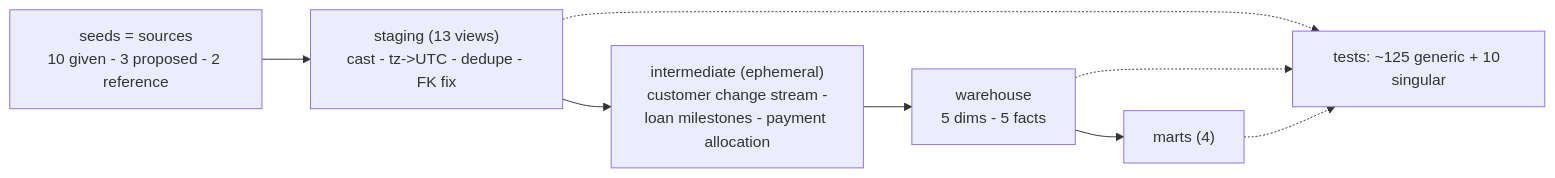
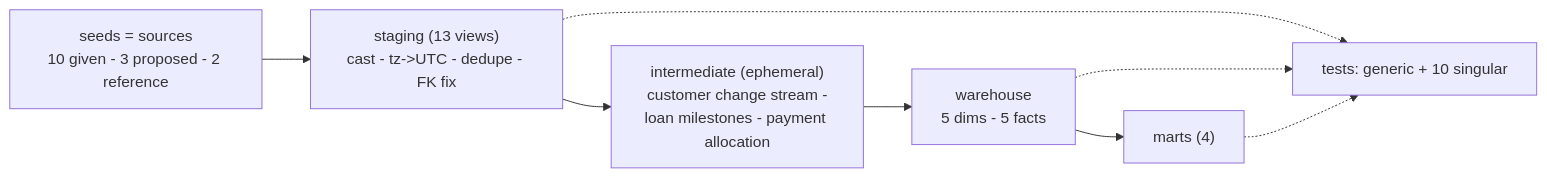
The third of 3 diagrams in docs/design_details.md (dailyimah/lending-dwh-dbt), drawn with Mermaid before and after one commit. The commit also changed other lines of this file and 2 other files, not shown here.

Commit message:
Update docs and diagrams for the simplified project

````diff
--- a/docs/design_details.md
+++ b/docs/design_details.md
@@ -293,8 +286,8 @@
 ```mermaid
 flowchart LR
     RAW["seeds = sources<br/>10 given - 3 proposed - 2 reference"] --> STG["staging (13 views)<br/>cast - tz->UTC - dedupe - FK fix"]
     STG --> INT["intermediate (ephemeral)<br/>customer change stream -<br/>loan milestones - payment allocation"]
     INT --> WH["warehouse<br/>5 dims - 5 facts"]
     WH --> MT["marts (4)"]
-    STG & WH & MT -.-> T["tests: ~125 generic + 10 singular"]
+    STG & WH & MT -.-> T["tests: generic + 10 singular"]
 ```
````
